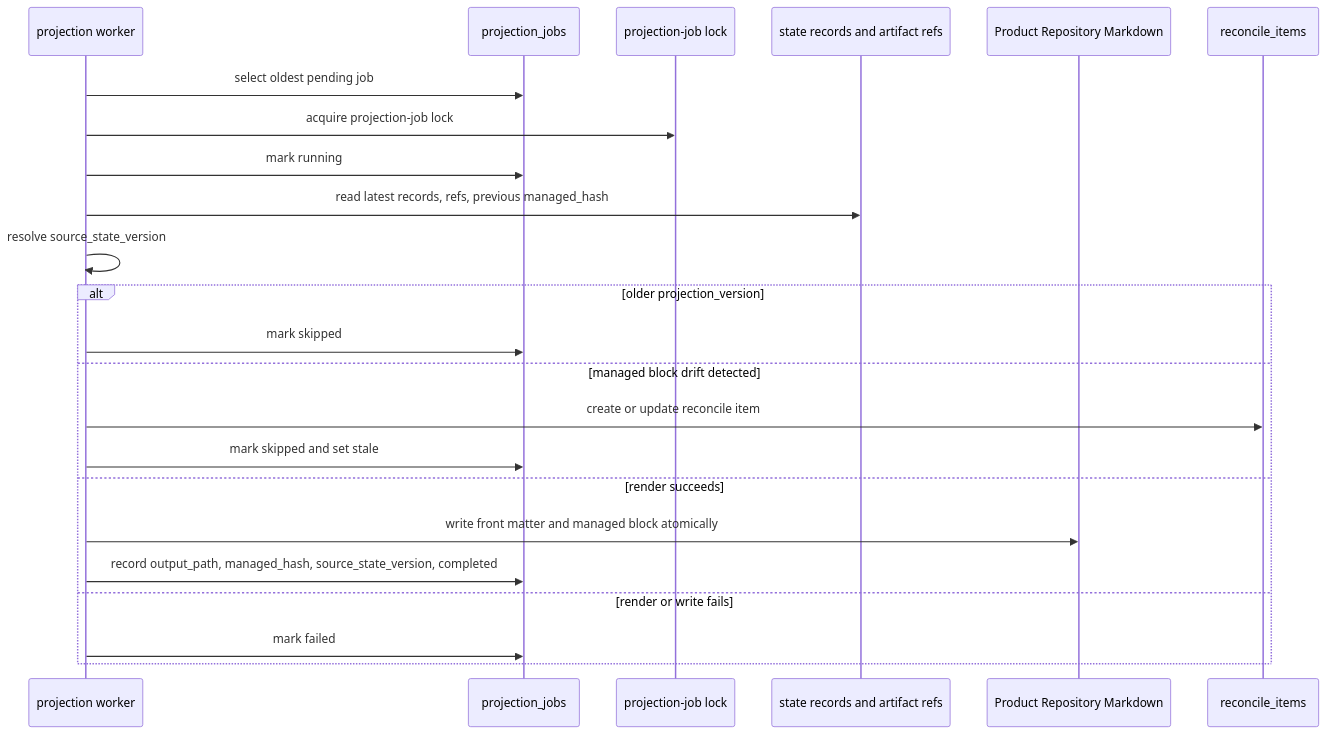
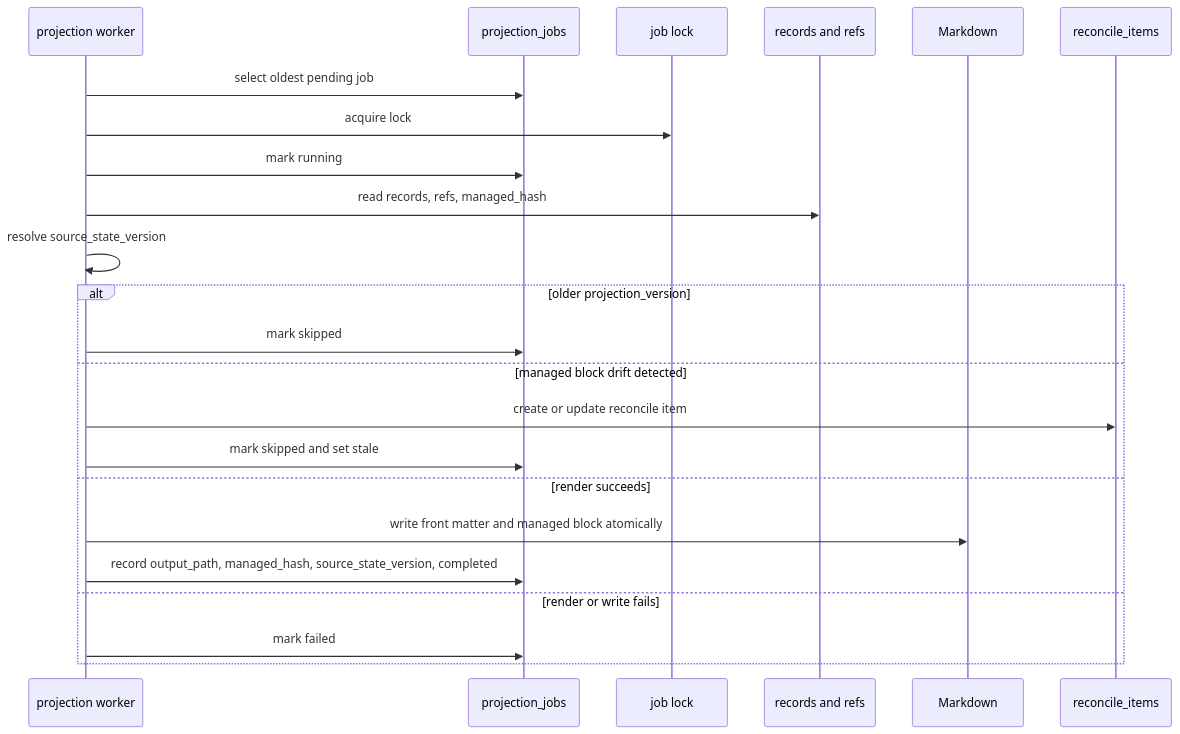
The eighth of 9 diagrams in docs/en/reference/storage-and-ddl.md (minjungw00/Harness_Project), drawn with Mermaid before and after one commit. The commit also changed other lines of this file and 20 other files, not shown here.

Commit message:
docs: refresh diagrams for staged authority model

````diff
--- a/docs/en/reference/storage-and-ddl.md
+++ b/docs/en/reference/storage-and-ddl.md
@@ -1477,26 +1477,26 @@
 ```mermaid
 sequenceDiagram
   participant Worker as projection worker
   participant Jobs as projection_jobs
-  participant Lock as projection-job lock
-  participant State as state records and artifact refs
-  participant Repo as Product Repository Markdown
+  participant Lock as job lock
+  participant State as records and refs
+  participant Repo as Markdown
   participant Reconcile as reconcile_items
 
   Worker->>Jobs: select oldest pending job
-  Worker->>Lock: acquire projection-job lock
+  Worker->>Lock: acquire lock
   Worker->>Jobs: mark running
-  Worker->>State: read latest records, refs, previous managed_hash
+  Worker->>State: read records, refs, managed_hash
   Worker->>Worker: resolve source_state_version
   alt older projection_version
     Worker->>Jobs: mark skipped
   else managed block drift detected
     Worker->>Reconcile: create or update reconcile item
     Worker->>Jobs: mark skipped and set stale
   else render succeeds
     Worker->>Repo: write front matter and managed block atomically
     Worker->>Jobs: record output_path, managed_hash, source_state_version, completed
   else render or write fails
     Worker->>Jobs: mark failed
   end
 ```
````
